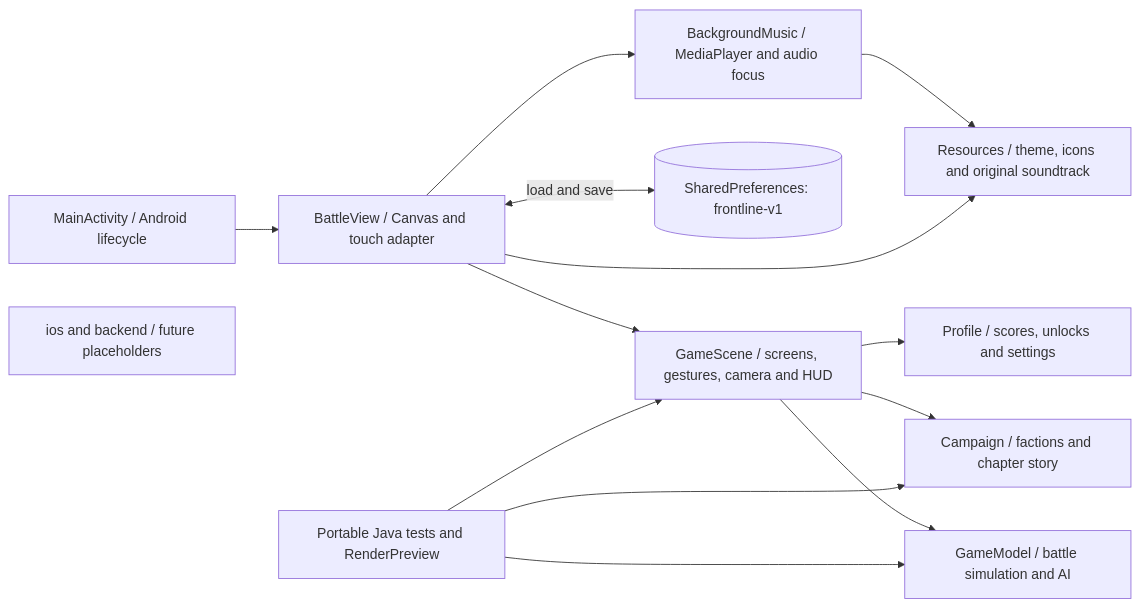
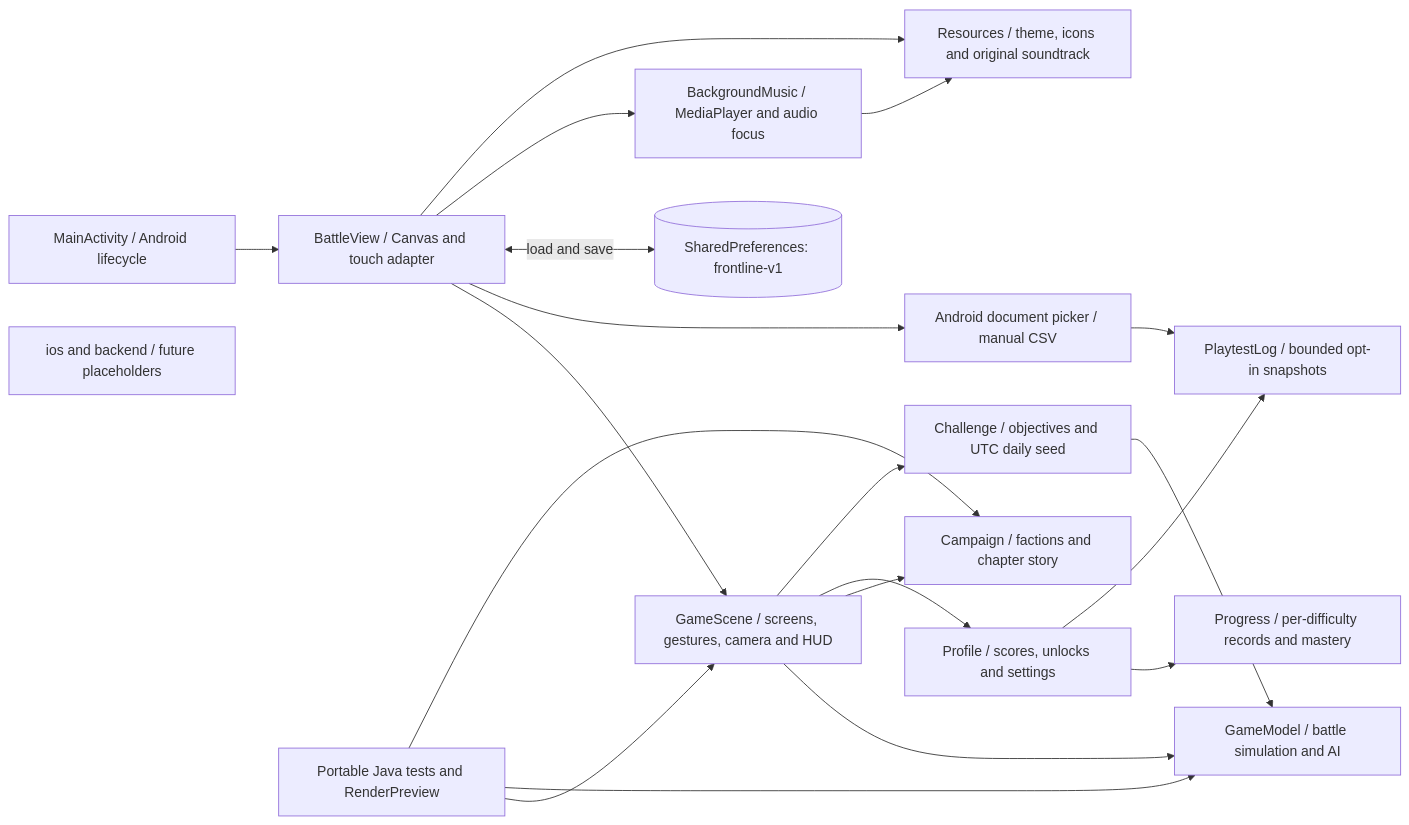
One commit to rohitashmathur/Frontline changed the first of 3 diagrams in docs/architecture.md. Above: the diagram before and after it, drawn with Mermaid. The commit also changed other lines of this file and 41 other files, not shown here.

First line of the commit message:
Build Frontline V10: protected attempts, missions, daily and mastery

````diff
--- a/docs/architecture.md
+++ b/docs/architecture.md
@@ -7,27 +7,37 @@
 ```mermaid
 flowchart LR
     Activity[MainActivity / Android lifecycle]
     View[BattleView / Canvas and touch adapter]
     Scene[GameScene / screens, gestures, camera and HUD]
     Model[GameModel / battle simulation and AI]
     Campaign[Campaign / factions and chapter story]
     Profile[Profile / scores, unlocks and settings]
+    Progress[Progress / per-difficulty records and mastery]
+    Challenges[Challenge / objectives and UTC daily seed]
+    Log[PlaytestLog / bounded opt-in snapshots]
+    Export[Android document picker / manual CSV]
     Storage[(SharedPreferences: frontline-v1)]
     Music[BackgroundMusic / MediaPlayer and audio focus]
     Assets[Resources / theme, icons and original soundtrack]
     Tests[Portable Java tests and RenderPreview]
     Future[ios and backend / future placeholders]
 
     Activity --> View
     View --> Scene
     Scene --> Model
     Scene --> Campaign
     Scene --> Profile
+    Profile --> Progress
+    Profile --> Log
+    Scene --> Challenges
+    Challenges --> Model
+    View --> Export
+    Export --> Log
     View <-->|load and save| Storage
     View --> Music
     Music --> Assets
     View --> Assets
     Tests --> Scene
     Tests --> Model
     Tests --> Campaign
 ```
````
